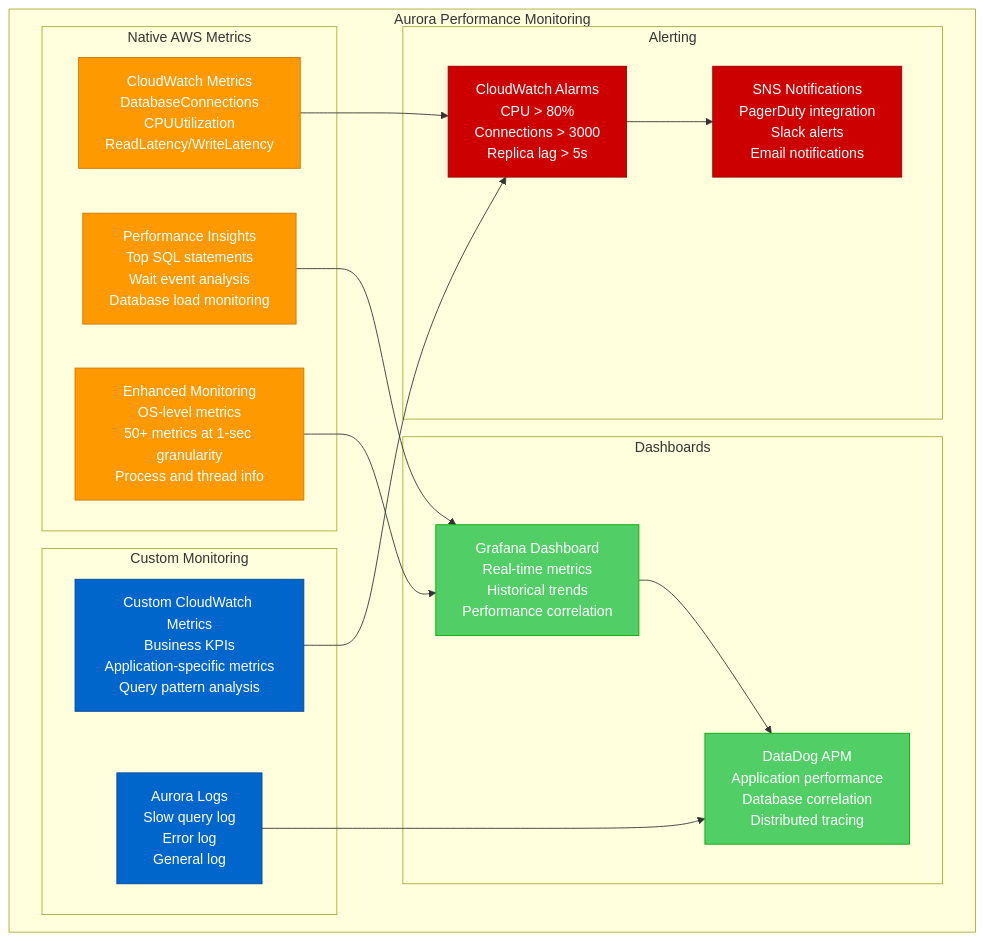
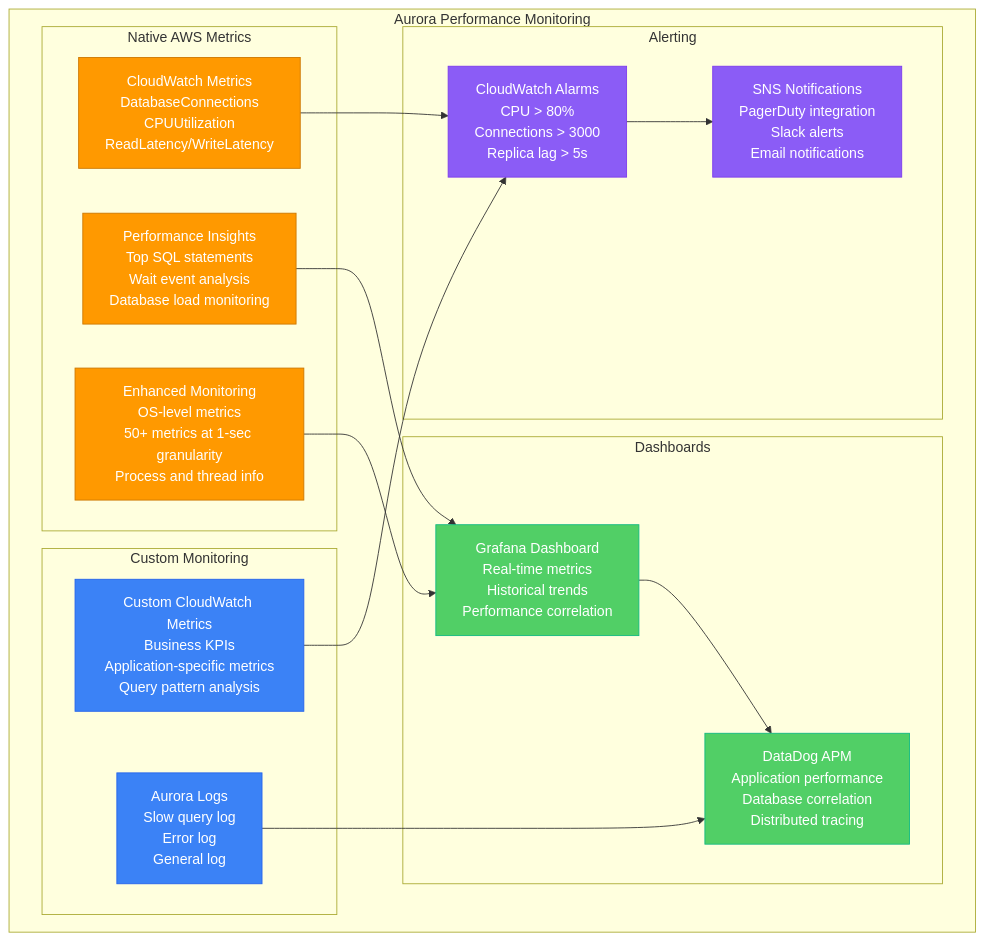
The seventh of 8 diagrams in site/docs/migrations/mysql-to-aurora.md (deepaucksharma/DS), drawn with Mermaid before and after one commit. The commit also changed other lines of this file and 303 other files, not shown here.

````diff
--- a/site/docs/migrations/mysql-to-aurora.md
+++ b/site/docs/migrations/mysql-to-aurora.md
@@ -462,50 +462,50 @@
 ```mermaid
 graph TB
     subgraph "Aurora Performance Monitoring"
         subgraph "Native AWS Metrics"
             CW[CloudWatch Metrics<br/>DatabaseConnections<br/>CPUUtilization<br/>ReadLatency/WriteLatency]
             
             PI[Performance Insights<br/>Top SQL statements<br/>Wait event analysis<br/>Database load monitoring]
             
             ENHANCED[Enhanced Monitoring<br/>OS-level metrics<br/>50+ metrics at 1-sec granularity<br/>Process and thread info]
         end
         
         subgraph "Custom Monitoring"
             CUSTOM[Custom CloudWatch Metrics<br/>Business KPIs<br/>Application-specific metrics<br/>Query pattern analysis]
             
             LOGS[Aurora Logs<br/>Slow query log<br/>Error log<br/>General log]
         end
         
         subgraph "Alerting"
             ALARMS[CloudWatch Alarms<br/>CPU > 80%<br/>Connections > 3000<br/>Replica lag > 5s]
             
             SNS[SNS Notifications<br/>PagerDuty integration<br/>Slack alerts<br/>Email notifications]
         end
         
         subgraph "Dashboards"
             GRAFANA[Grafana Dashboard<br/>Real-time metrics<br/>Historical trends<br/>Performance correlation]
             
             DATADOG[DataDog APM<br/>Application performance<br/>Database correlation<br/>Distributed tracing]
         end
     end
 
     CW --> ALARMS
     PI --> GRAFANA
     ENHANCED --> GRAFANA
     CUSTOM --> ALARMS
     LOGS --> DATADOG
     
     ALARMS --> SNS
     GRAFANA --> DATADOG
 
     %% Apply colors
     classDef awsStyle fill:#FF9900,stroke:#CC7700,color:#fff
-    classDef customStyle fill:#0066CC,stroke:#004499,color:#fff
-    classDef alertStyle fill:#CC0000,stroke:#990000,color:#fff
-    classDef dashboardStyle fill:#51CF66,stroke:#00AA00,color:#fff
+    classDef customStyle fill:#3B82F6,stroke:#2563EB,color:#fff
+    classDef alertStyle fill:#8B5CF6,stroke:#7C3AED,color:#fff
+    classDef dashboardStyle fill:#51CF66,stroke:#10B981,color:#fff
 
     class CW,PI,ENHANCED awsStyle
     class CUSTOM,LOGS customStyle
     class ALARMS,SNS alertStyle
     class GRAFANA,DATADOG dashboardStyle
 ```
````
